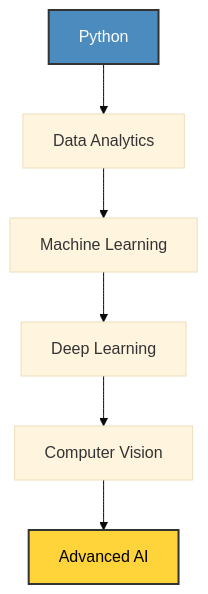
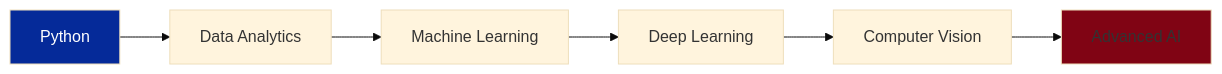
Before and after one commit to Im-Saad08/Im-Saad08: the second of 2 diagrams in README.md, drawn with Mermaid (base theme). The commit also changed other lines of this file, not shown here.

````diff
--- a/README.md
+++ b/README.md
@@ -89,11 +85,7 @@
 ```mermaid
-graph TD
-    A[Python] --> B[Data Analytics]
-    B --> C[Machine Learning]
-    C --> D[Deep Learning]
-    D --> E[Computer Vision]
-    E --> F[Advanced AI]
+graph LR
+    A[Python] --> B[Data Analytics] --> C[Machine Learning] --> D[Deep Learning] --> E[Computer Vision] --> F[Advanced AI]
     
-    style A fill:#4B8BBE,stroke:#333,stroke-width:2px,color:#fff
-    style F fill:#FFD43B,stroke:#333,stroke-width:2px,color:#000
+    style A fill:#052a99,color:#fff
+    style F fill:#800414
 ```
````
